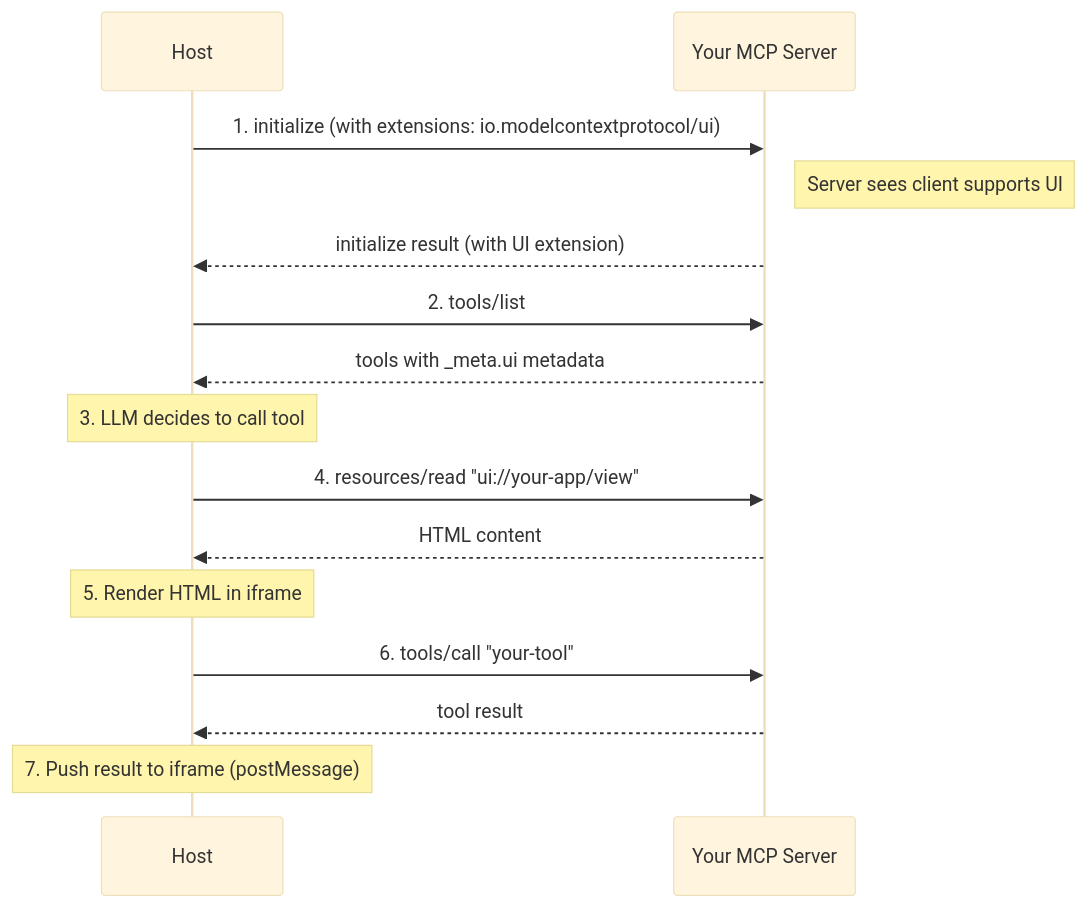
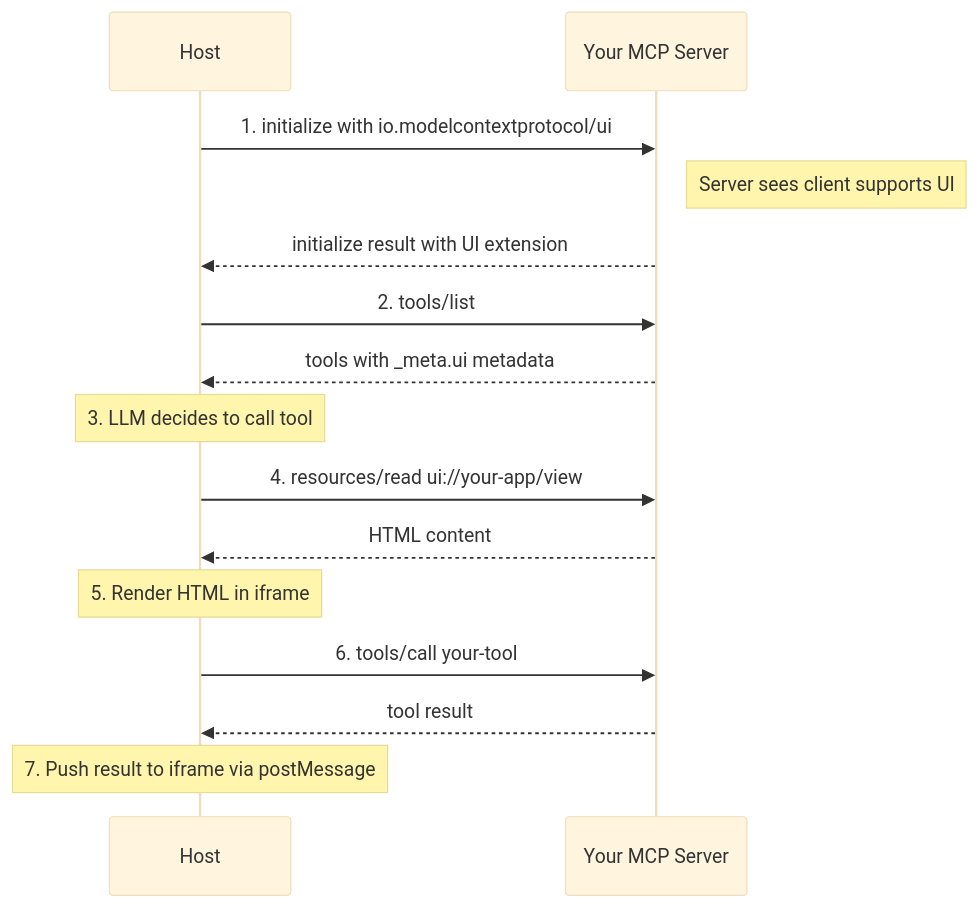
Before and after one commit to panyam/mcpkit: the sixth of 7 diagrams in docs/APPS_DESIGN.md, drawn with Mermaid (base theme). The commit also changed other lines of this file, not shown here.

First line of the commit message:
fix: resolve mermaid syntax errors in sequence diagrams

````diff
--- a/docs/APPS_DESIGN.md
+++ b/docs/APPS_DESIGN.md
@@ -784,24 +786,24 @@
 ```mermaid
 sequenceDiagram
     participant Host
     participant S as Your MCP Server
 
-    Host->>S: 1. initialize (with extensions: io.modelcontextprotocol/ui)
+    Host->>S: 1. initialize with io.modelcontextprotocol/ui
     Note right of S: Server sees client supports UI
-    S-->>Host: initialize result (with UI extension)
+    S-->>Host: initialize result with UI extension
 
     Host->>S: 2. tools/list
     S-->>Host: tools with _meta.ui metadata
 
     Note over Host: 3. LLM decides to call tool
 
-    Host->>S: 4. resources/read "ui://your-app/view"
+    Host->>S: 4. resources/read ui://your-app/view
     S-->>Host: HTML content
 
     Note over Host: 5. Render HTML in iframe
 
-    Host->>S: 6. tools/call "your-tool"
+    Host->>S: 6. tools/call your-tool
     S-->>Host: tool result
 
-    Note over Host: 7. Push result to iframe (postMessage)
+    Note over Host: 7. Push result to iframe via postMessage
 ```
````
